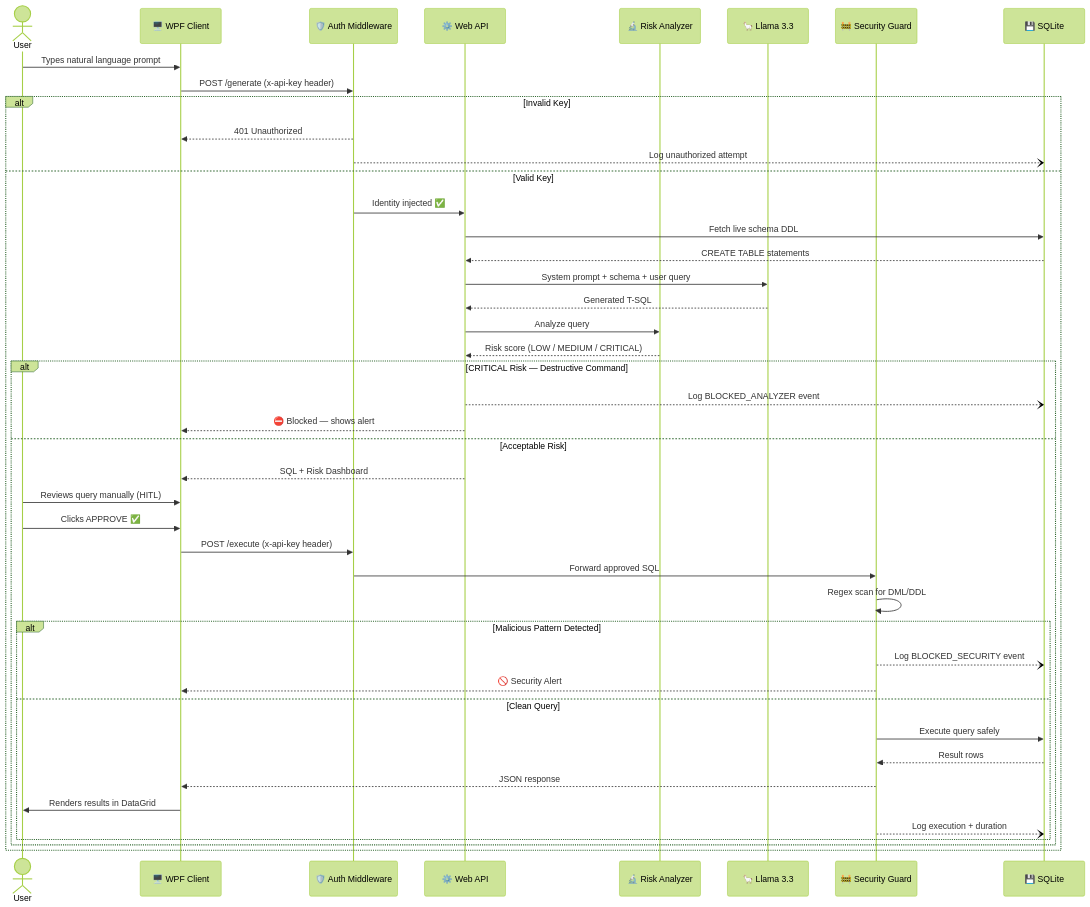
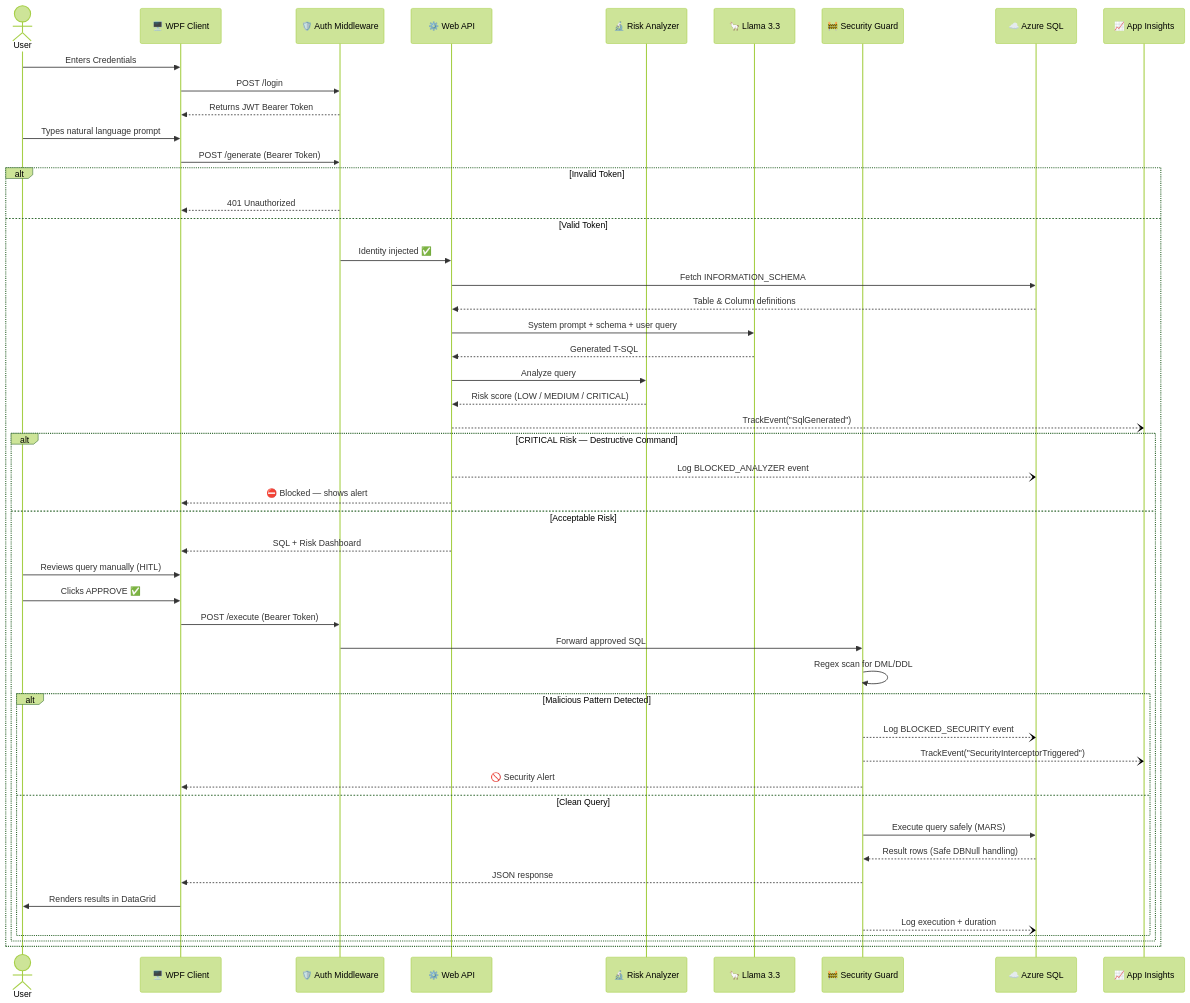
The second of 2 diagrams in README.md (mehul1005/AI-SQL-Assistant), drawn with Mermaid (forest theme) before and after one commit. The commit also changed other lines of this file, not shown here.

````diff
--- a/README.md
+++ b/README.md
@@ -151,52 +135,58 @@
 ```mermaid
 sequenceDiagram
     actor User
     participant Client as 🖥️ WPF Client
     participant Auth   as 🛡️ Auth Middleware
     participant API    as ⚙️ Web API
     participant Risk   as 🔬 Risk Analyzer
     participant LLM    as 🦙 Llama 3.3
     participant Guard  as 🚧 Security Guard
-    participant DB     as 💾 SQLite
+    participant DB     as ☁️ Azure SQL
+    participant Telemetry as 📈 App Insights
+
+    User->>Client: Enters Credentials
+    Client->>Auth: POST /login
+    Auth-->>Client: Returns JWT Bearer Token
 
     User->>Client: Types natural language prompt
-    Client->>Auth: POST /generate (x-api-key header)
+    Client->>Auth: POST /generate (Bearer Token)
 
-    alt Invalid Key
+    alt Invalid Token
         Auth-->>Client: 401 Unauthorized
-        Auth--)DB: Log unauthorized attempt
-    else Valid Key
+    else Valid Token
         Auth->>API: Identity injected ✅
-        API->>DB: Fetch live schema DDL
-        DB-->>API: CREATE TABLE statements
+        API->>DB: Fetch INFORMATION_SCHEMA
+        DB-->>API: Table & Column definitions
         API->>LLM: System prompt + schema + user query
         LLM-->>API: Generated T-SQL
         API->>Risk: Analyze query
         Risk-->>API: Risk score (LOW / MEDIUM / CRITICAL)
+        API--)Telemetry: TrackEvent("SqlGenerated")
 
         alt CRITICAL Risk — Destructive Command
             API--)DB: Log BLOCKED_ANALYZER event
             API-->>Client: ⛔ Blocked — shows alert
         else Acceptable Risk
             API-->>Client: SQL + Risk Dashboard
             User->>Client: Reviews query manually (HITL)
             User->>Client: Clicks APPROVE ✅
 
-            Client->>Auth: POST /execute (x-api-key header)
+            Client->>Auth: POST /execute (Bearer Token)
             Auth->>Guard: Forward approved SQL
             Guard->>Guard: Regex scan for DML/DDL
 
             alt Malicious Pattern Detected
                 Guard--)DB: Log BLOCKED_SECURITY event
+                Guard--)Telemetry: TrackEvent("SecurityInterceptorTriggered")
                 Guard-->>Client: 🚫 Security Alert
             else Clean Query
-                Guard->>DB: Execute query safely
-                DB-->>Guard: Result rows
+                Guard->>DB: Execute query safely (MARS)
+                DB-->>Guard: Result rows (Safe DBNull handling)
                 Guard-->>Client: JSON response
                 Client->>User: Renders results in DataGrid
                 Guard--)DB: Log execution + duration
             end
         end
     end
 
 ```
````
